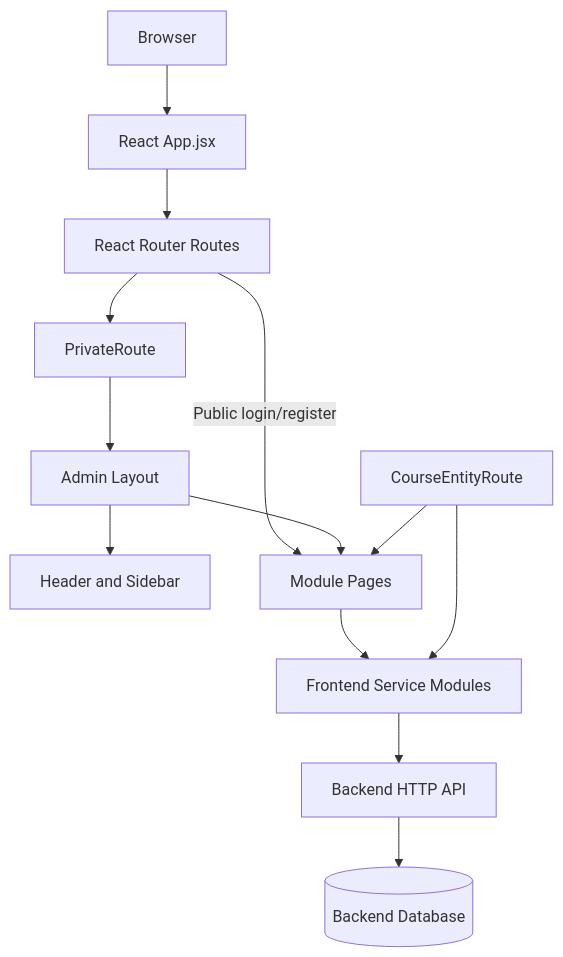
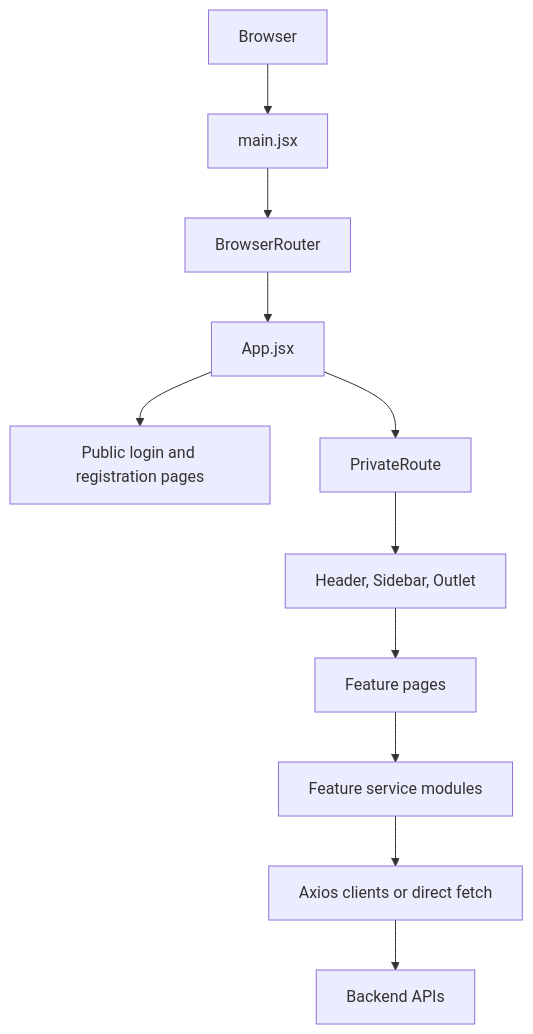
One commit to Pjsofttech-in/wayabroadadmin changed the diagram in PROJECT_DOCUMENTATION.md. Above: the diagram before and after it, drawn with Mermaid. The commit also changed other lines of this file, not shown here.

````diff
--- a/PROJECT_DOCUMENTATION.md
+++ b/PROJECT_DOCUMENTATION.md
@@ -204,27 +110,13 @@
 ```mermaid
 flowchart TD
-    Browser[Browser]
-    App[React App.jsx]
-    Router[React Router Routes]
-    Guard[PrivateRoute]
-    Layout[Admin Layout]
-    Sidebar[Header and Sidebar]
-    Pages[Module Pages]
-    EntityRoute[CourseEntityRoute]
-    Services[Frontend Service Modules]
-    API[Backend HTTP API]
-    DB[(Backend Database)]
-
-    Browser --> App
-    App --> Router
-    Router -->|Public login/register| Pages
-    Router --> Guard
-    Guard --> Layout
-    Layout --> Sidebar
-    Layout --> Pages
-    Pages --> Services
-    EntityRoute --> Pages
-    EntityRoute --> Services
-    Services --> API
-    API --> DB
+    Browser --> Main[main.jsx]
+    Main --> Router[BrowserRouter]
+    Router --> App[App.jsx]
+    App --> Public[Public login and registration pages]
+    App --> Guard[PrivateRoute]
+    Guard --> Layout[Header, Sidebar, Outlet]
+    Layout --> Pages[Feature pages]
+    Pages --> Services[Feature service modules]
+    Services --> Clients[Axios clients or direct fetch]
+    Clients --> API[Backend APIs]
 ```
````
